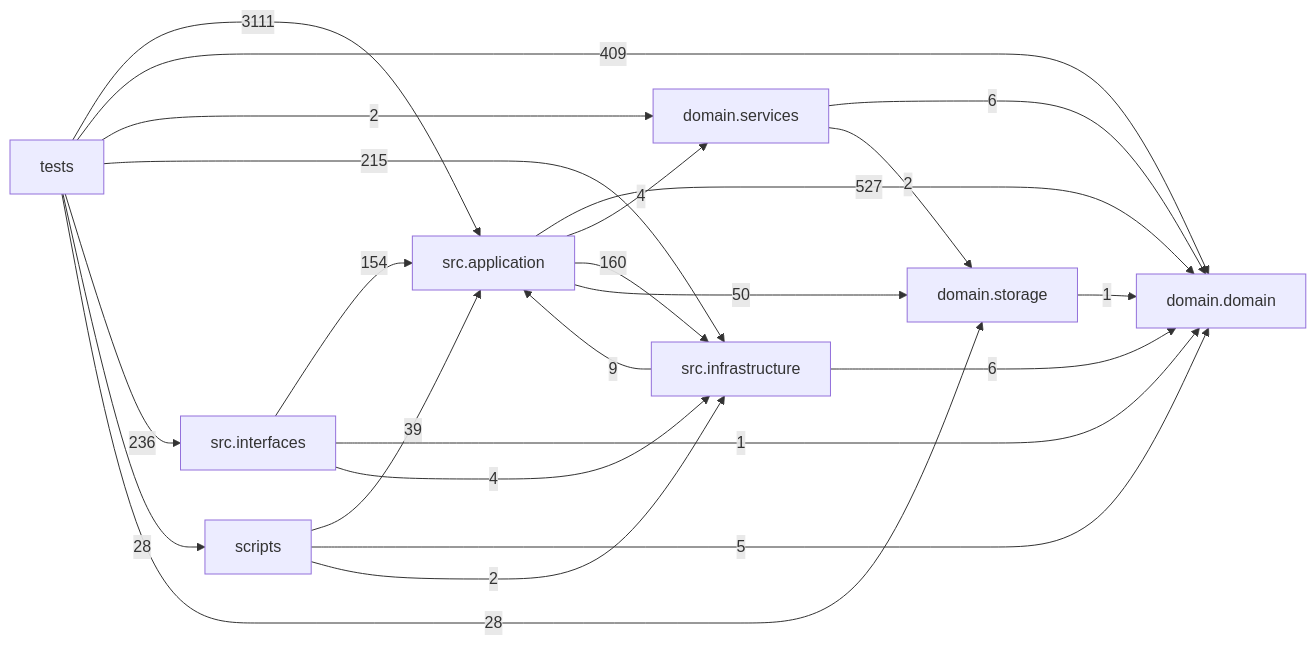
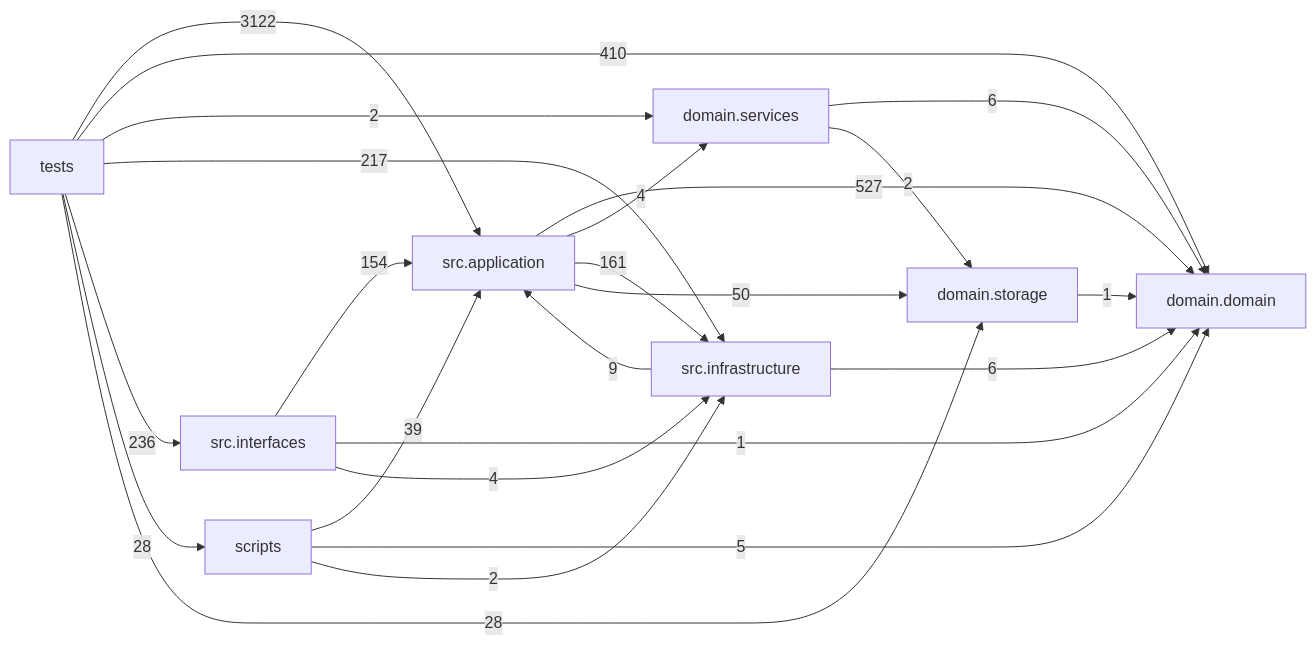
The diagram in docs/DEPENDENCY_GRAPH.md (liuxie066/options-monitor), drawn with Mermaid before and after one commit. The commit also changed other lines of this file and 20 other files, not shown here.

````diff
--- a/docs/DEPENDENCY_GRAPH.md
+++ b/docs/DEPENDENCY_GRAPH.md
@@ -24,33 +24,33 @@
 ```mermaid
 flowchart LR
   tests["tests"]
   scripts["scripts"]
   interfaces["src.interfaces"]
   application["src.application"]
   infrastructure["src.infrastructure"]
   domain_services["domain.services"]
   domain["domain.domain"]
   storage["domain.storage"]
   application -->|527| domain
   application -->|4| domain_services
-  application -->|160| infrastructure
+  application -->|161| infrastructure
   application -->|50| storage
   domain_services -->|6| domain
   domain_services -->|2| storage
   infrastructure -->|9| application
   infrastructure -->|6| domain
   interfaces -->|154| application
   interfaces -->|1| domain
   interfaces -->|4| infrastructure
   scripts -->|39| application
   scripts -->|5| domain
   scripts -->|2| infrastructure
   storage -->|1| domain
-  tests -->|3111| application
-  tests -->|409| domain
+  tests -->|3122| application
+  tests -->|410| domain
   tests -->|2| domain_services
-  tests -->|215| infrastructure
+  tests -->|217| infrastructure
   tests -->|236| interfaces
   tests -->|28| scripts
   tests -->|28| storage
 ```
````
